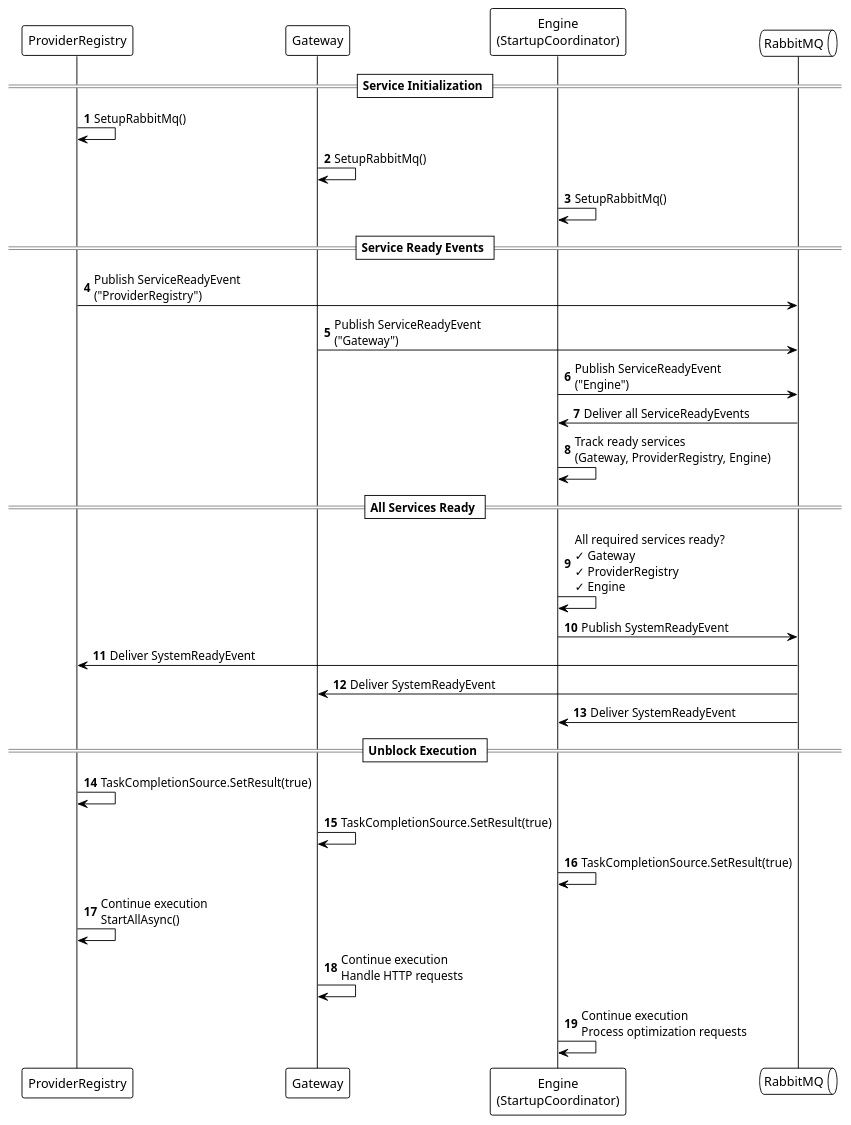
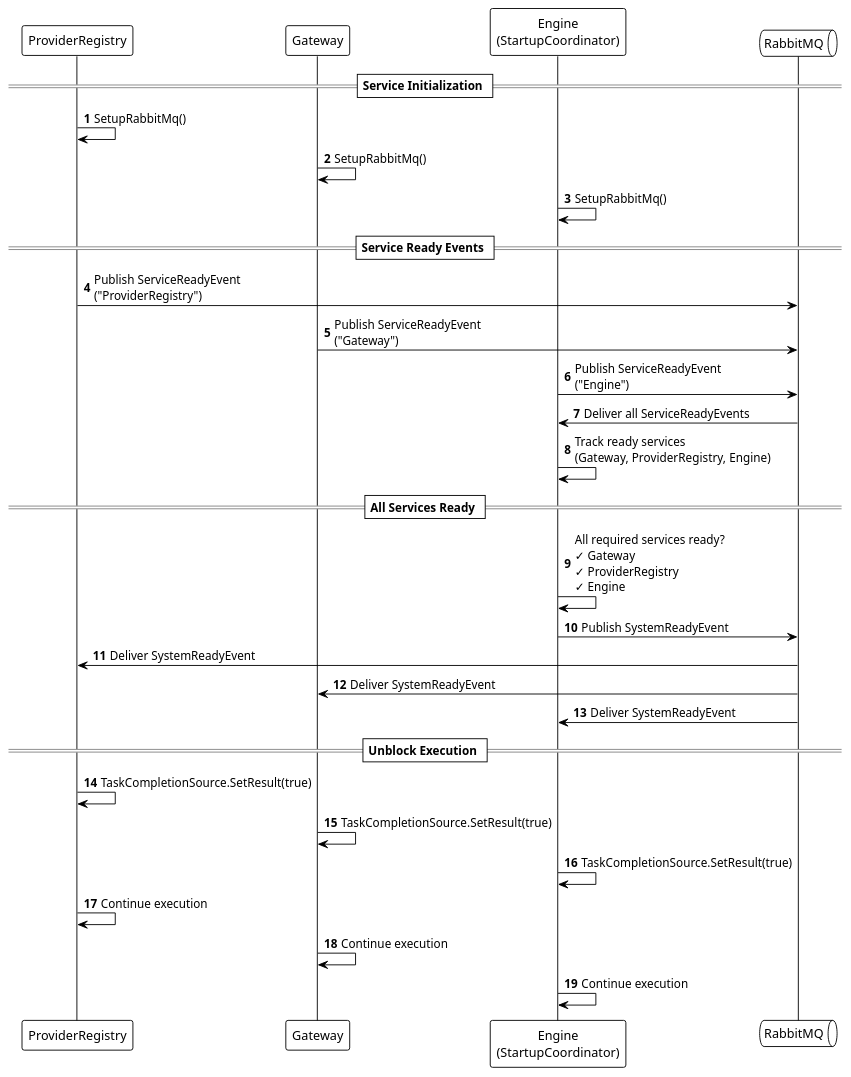
One commit to aleksandr-papajanov/manufacturing-optimization-engine changed the diagram in docs/assets/system-readiness/service-startup-coordination.puml. Above: the diagram before and after it, drawn with PlantUML. The commit also changed 15 other files, not shown here.

```diff
--- a/docs/assets/system-readiness/service-startup-coordination.puml
+++ b/docs/assets/system-readiness/service-startup-coordination.puml
@@ -1,44 +1,44 @@
 @startuml
 !theme plain
 autonumber
 
 participant "ProviderRegistry" as PR
 participant "Gateway" as GW
 participant "Engine\n(StartupCoordinator)" as ENG
 queue "RabbitMQ" as MQ
 
 == Service Initialization ==
 
 PR -> PR: SetupRabbitMq()
 GW -> GW: SetupRabbitMq()
 ENG -> ENG: SetupRabbitMq()
 
 == Service Ready Events ==
 
 PR -> MQ: Publish ServiceReadyEvent\n("ProviderRegistry")
 GW -> MQ: Publish ServiceReadyEvent\n("Gateway")
 ENG -> MQ: Publish ServiceReadyEvent\n("Engine")
 
 MQ -> ENG: Deliver all ServiceReadyEvents
 ENG -> ENG: Track ready services\n(Gateway, ProviderRegistry, Engine)
 
 == All Services Ready ==
 
 ENG -> ENG: All required services ready?\n✓ Gateway\n✓ ProviderRegistry\n✓ Engine
 ENG -> MQ: Publish SystemReadyEvent
 
 MQ -> PR: Deliver SystemReadyEvent
 MQ -> GW: Deliver SystemReadyEvent
 MQ -> ENG: Deliver SystemReadyEvent
 
 == Unblock Execution ==
 
 PR -> PR: TaskCompletionSource.SetResult(true)
 GW -> GW: TaskCompletionSource.SetResult(true)
 ENG -> ENG: TaskCompletionSource.SetResult(true)
 
-PR -> PR: Continue execution\nStartAllAsync()
-GW -> GW: Continue execution\nHandle HTTP requests
-ENG -> ENG: Continue execution\nProcess optimization requests
+PR -> PR: Continue execution
+GW -> GW: Continue execution
+ENG -> ENG: Continue execution
 
 @enduml
```
